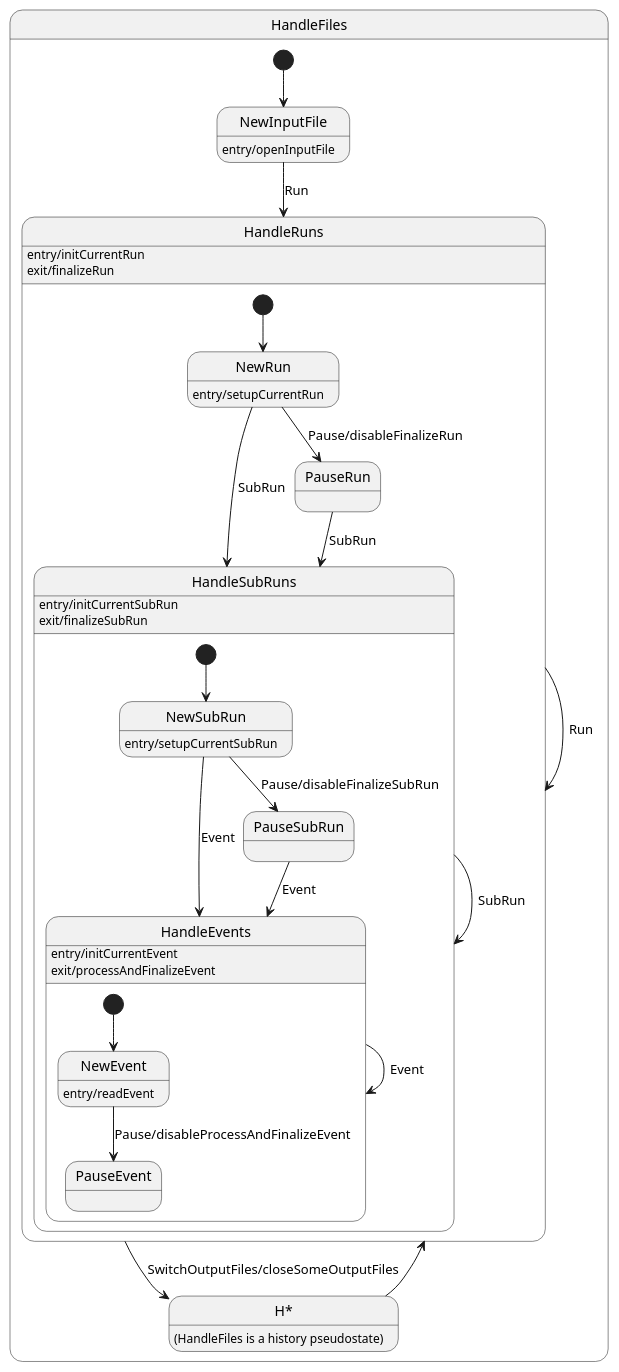
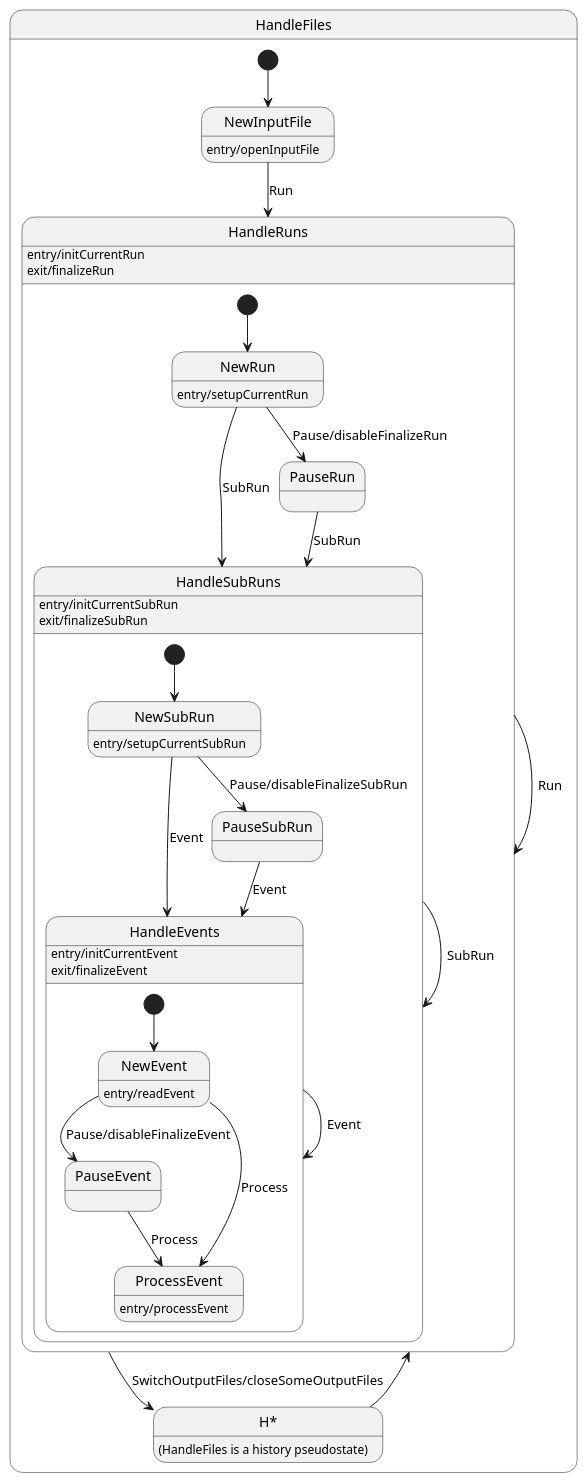
One commit to art-framework-suite/art changed the diagram in art/Framework/EventProcessor/StateMachine/doc/sm_handleFiles.iuml. Above: the diagram before and after it, drawn with PlantUML. The commit also changed 26 other files, not shown here.

```diff
--- a/art/Framework/EventProcessor/StateMachine/doc/sm_handleFiles.iuml
+++ b/art/Framework/EventProcessor/StateMachine/doc/sm_handleFiles.iuml
@@ -1,50 +1,53 @@
 state HandleFiles {
 
   [*] --> NewInputFile
   NewInputFile --> HandleRuns: Run
 
   NewInputFile: entry/openInputFile
 
   state "H*" as hist
   hist: (HandleFiles is a history pseudostate)
   hist --> HandleRuns
 
   HandleRuns --> HandleRuns: Run
   HandleRuns --> hist: SwitchOutputFiles/closeSomeOutputFiles
 
   state HandleRuns {
     [*] --> NewRun
     NewRun --> HandleSubRuns: SubRun
     NewRun: entry/setupCurrentRun
 
     NewRun --> PauseRun: Pause/disableFinalizeRun
     PauseRun --> HandleSubRuns: SubRun
 
 
     HandleSubRuns --> HandleSubRuns: SubRun
     state HandleSubRuns {
 
       [*] --> NewSubRun
       NewSubRun --> HandleEvents: Event
       NewSubRun: entry/setupCurrentSubRun
 
       NewSubRun --> PauseSubRun: Pause/disableFinalizeSubRun
       PauseSubRun --> HandleEvents: Event
 
       HandleEvents --> HandleEvents: Event
 
       state HandleEvents {
         [*] --> NewEvent
         NewEvent: entry/readEvent
 
-        NewEvent --> PauseEvent: Pause/disableProcessAndFinalizeEvent
+        NewEvent --> PauseEvent: Pause/disableFinalizeEvent
+        NewEvent --> ProcessEvent: Process
+        PauseEvent --> ProcessEvent: Process
+        ProcessEvent: entry/processEvent
       }
       HandleEvents: entry/initCurrentEvent
-      HandleEvents: exit/processAndFinalizeEvent
+      HandleEvents: exit/finalizeEvent
     }
     HandleSubRuns: entry/initCurrentSubRun
     HandleSubRuns: exit/finalizeSubRun
   }
   HandleRuns: entry/initCurrentRun
   HandleRuns: exit/finalizeRun
 }
```
